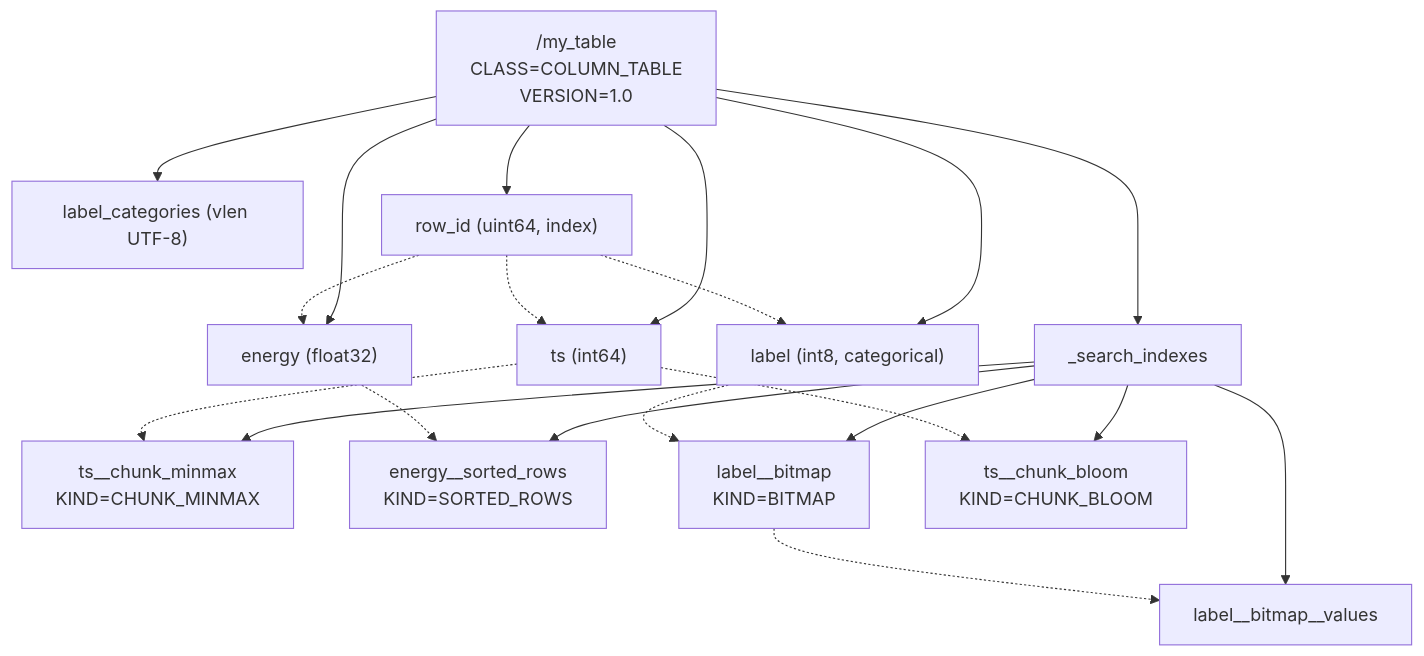
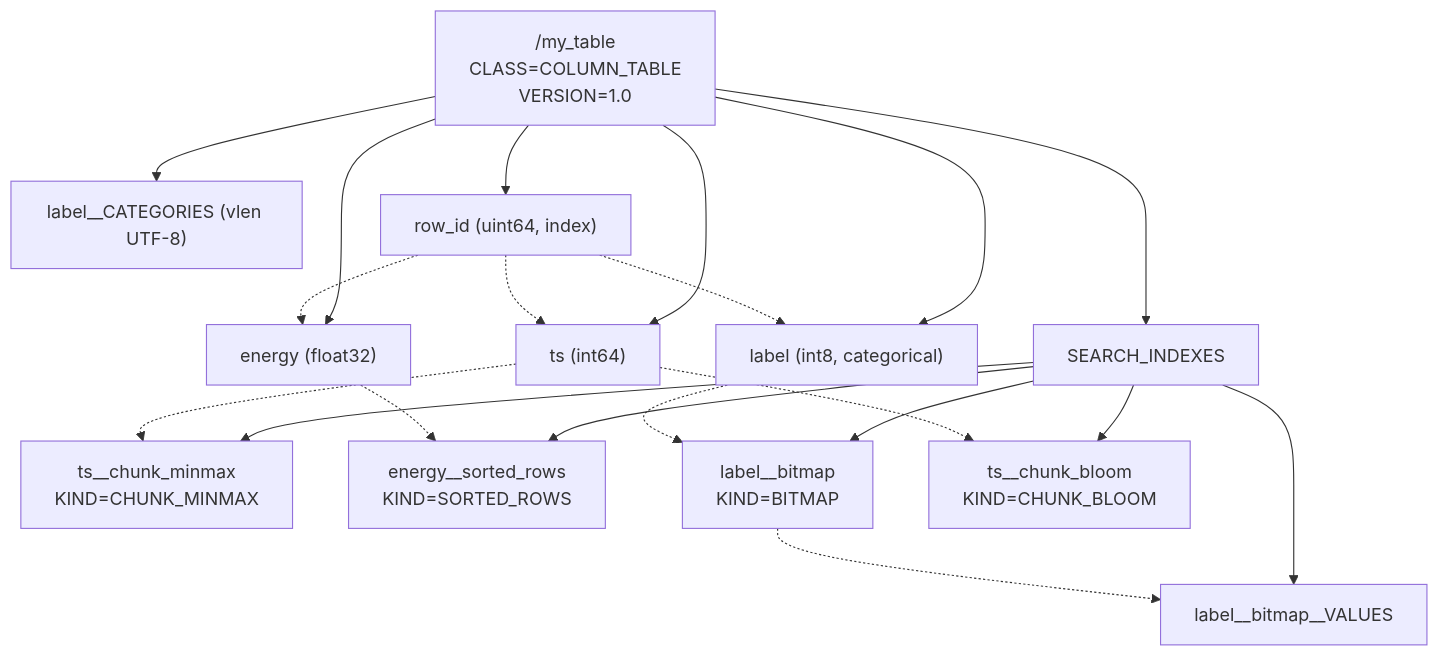
Before and after one commit to HDFAlliance/heps: the seventh of 7 diagrams in HEP001/index.md, drawn with Mermaid. The commit also changed other lines of this file, not shown here.

````diff
--- a/HEP001/index.md
+++ b/HEP001/index.md
@@ -936,23 +1075,23 @@
 ```{mermaid}
 graph TD
   TG["/my_table<br/>CLASS=COLUMN_TABLE<br/>VERSION=1.0"]
   TG --> ts["ts (int64)"]
   TG --> en["energy (float32)"]
   TG --> lb["label (int8, categorical)"]
-  TG --> lc["label_categories (vlen UTF-8)"]
+  TG --> lc["label__CATEGORIES (vlen UTF-8)"]
   TG --> ri["row_id (uint64, index)"]
-  TG --> SI["_search_indexes"]
+  TG --> SI["SEARCH_INDEXES"]
   SI --> mm["ts__chunk_minmax<br/>KIND=CHUNK_MINMAX"]
   SI --> sr["energy__sorted_rows<br/>KIND=SORTED_ROWS"]
   SI --> bm["label__bitmap<br/>KIND=BITMAP"]
-  SI --> bv["label__bitmap__values"]
+  SI --> bv["label__bitmap__VALUES"]
   SI --> bf["ts__chunk_bloom<br/>KIND=CHUNK_BLOOM"]
   ts -.-> mm
   ts -.-> bf
   en -.-> sr
   lb -.-> bm
   bm -.-> bv
   ri -.-> ts
   ri -.-> en
   ri -.-> lb
 ```
````
